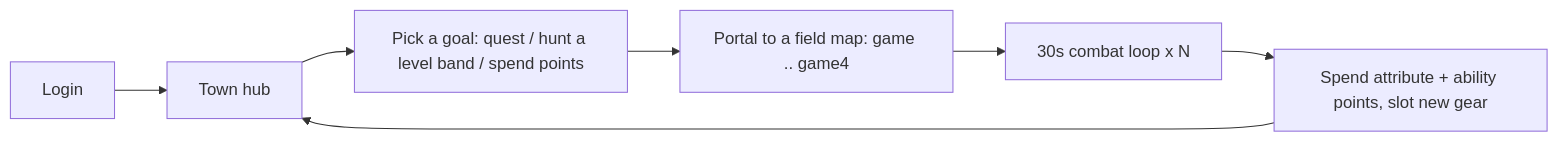
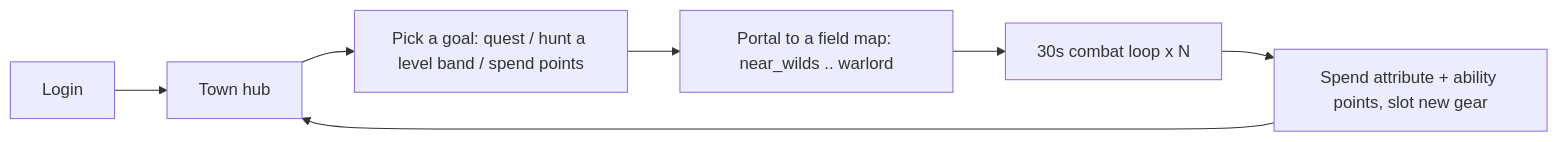
One commit to breckdareck/multiplayer-test changed the second of 3 diagrams in docs/GDD.md. Above: the diagram before and after it, drawn with Mermaid. The commit also changed other lines of this file and 21 other files, not shown here.

````diff
--- a/docs/GDD.md
+++ b/docs/GDD.md
@@ -89,9 +89,9 @@
 ```mermaid
 flowchart LR
     Login --> Town[Town hub]
     Town --> Goal[Pick a goal: quest / hunt a level band / spend points]
-    Goal --> Map[Portal to a field map: game .. game4]
+    Goal --> Map[Portal to a field map: near_wilds .. warlord]
     Map --> Loop30s[30s combat loop x N]
     Loop30s --> Spend[Spend attribute + ability points, slot new gear]
     Spend --> Town
 ```
````
